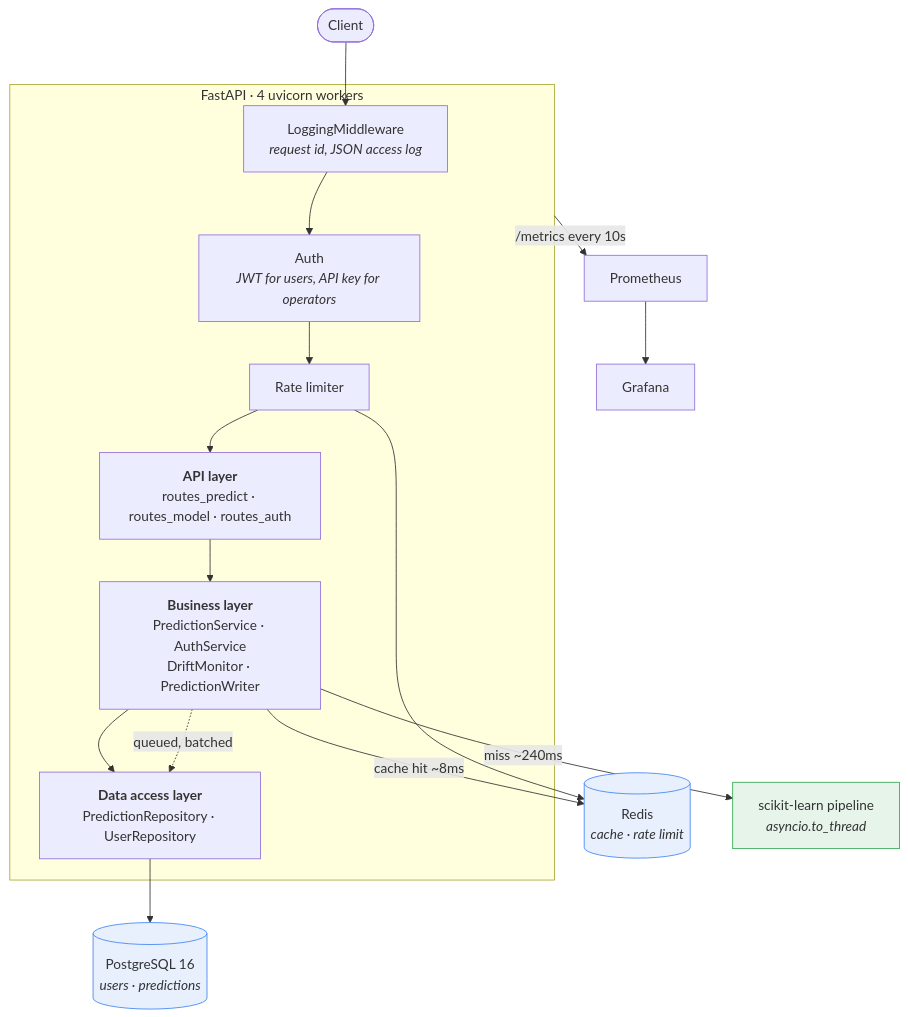
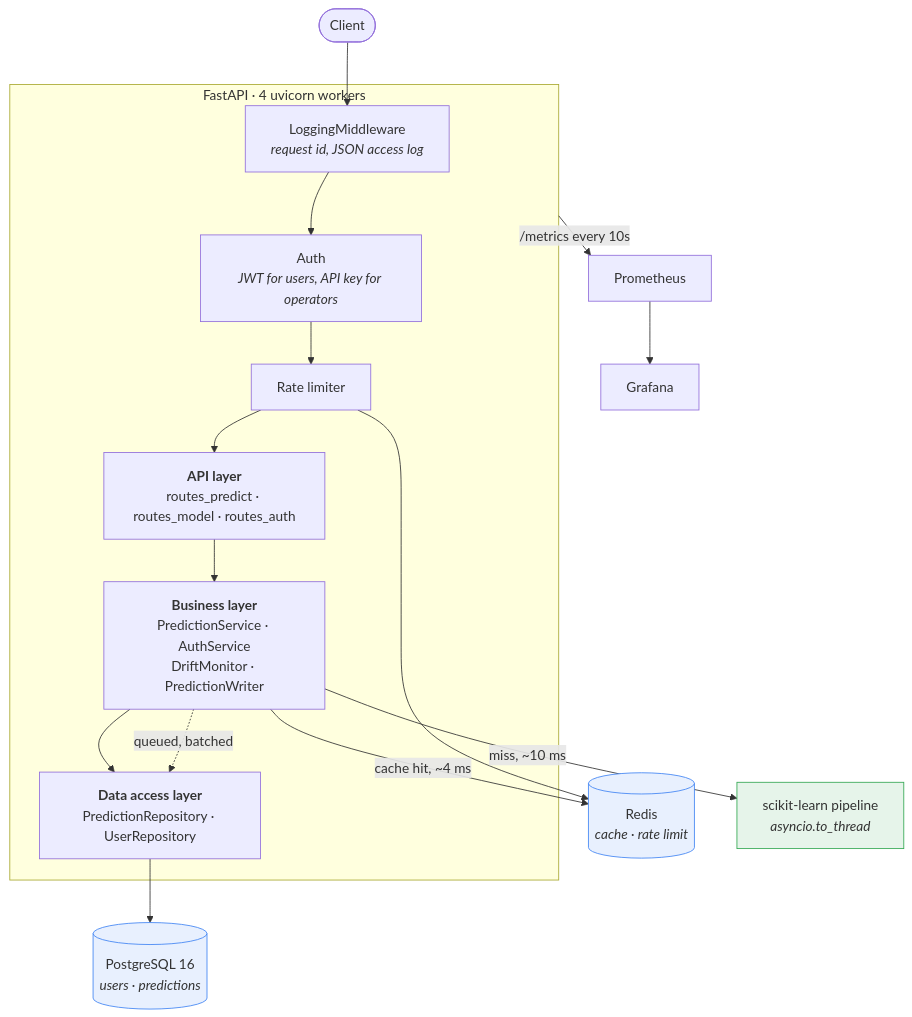
Before and after one commit to Add-it-ya/Fast_Api_Project: the diagram in README.md, drawn with Mermaid. The commit also changed other lines of this file and 10 other files, not shown here.

First line of the commit message:
Measure the cache and stop claiming a 240 ms miss

````diff
--- a/README.md
+++ b/README.md
@@ -23,32 +23,32 @@
 ```mermaid
 flowchart TB
     client([Client])
 
     subgraph api["FastAPI · 4 uvicorn workers"]
         mw["LoggingMiddleware<br/><i>request id, JSON access log</i>"]
         auth["Auth<br/><i>JWT for users, API key for operators</i>"]
         rl["Rate limiter"]
         routes["<b>API layer</b><br/>routes_predict · routes_model · routes_auth"]
         services["<b>Business layer</b><br/>PredictionService · AuthService<br/>DriftMonitor · PredictionWriter"]
         repos["<b>Data access layer</b><br/>PredictionRepository · UserRepository"]
     end
 
     redis[("Redis<br/><i>cache · rate limit</i>")]
     pg[("PostgreSQL 16<br/><i>users · predictions</i>")]
     model["scikit-learn pipeline<br/><i>asyncio.to_thread</i>"]
     prom["Prometheus"]
     graf["Grafana"]
 
     client --> mw --> auth --> rl --> routes --> services
-    services -->|"cache hit ~8ms"| redis
-    services -->|"miss ~240ms"| model
+    services -->|"cache hit, ~4 ms"| redis
+    services -->|"miss, ~10 ms"| model
     services --> repos --> pg
     services -.->|"queued, batched"| repos
     rl --> redis
     api -->|"/metrics every 10s"| prom --> graf
 
     classDef store fill:#e8f0fe,stroke:#4285f4
     classDef ml fill:#e6f4ea,stroke:#34a853
     class redis,pg store
     class model ml
 ```
````
